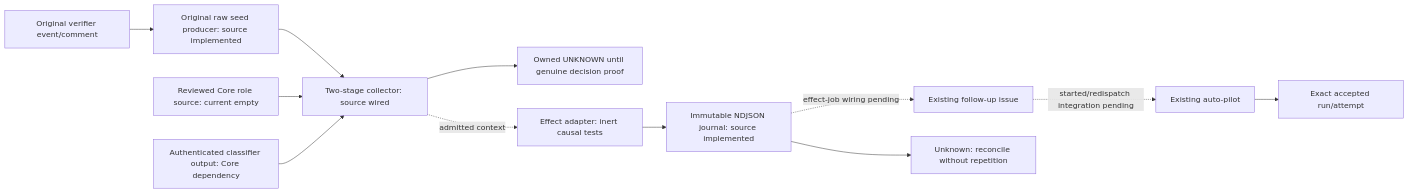
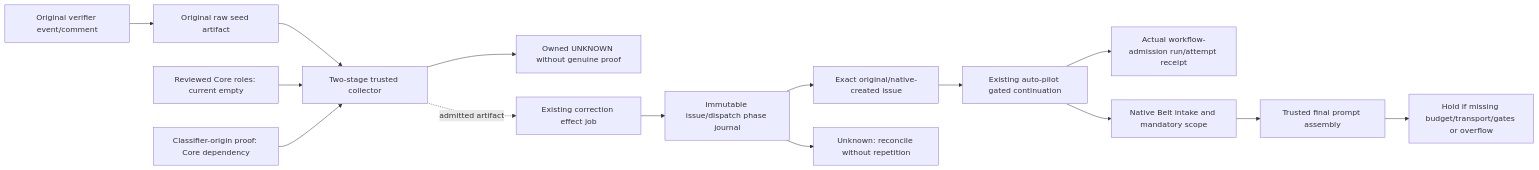
The diagram in docs/ops/VERIFIER_CORRECTION_INTERFACE.md (stranske/Workflows), drawn with Mermaid before and after one commit. The commit also changed other lines of this file and 33 other files, not shown here.

Commit message:
Wire scoped correction effects and preserve mandatory coding context

````diff
--- a/docs/ops/VERIFIER_CORRECTION_INTERFACE.md
+++ b/docs/ops/VERIFIER_CORRECTION_INTERFACE.md
@@ -186,14 +211,17 @@
 ```mermaid
 flowchart LR
-    V[Original verifier event/comment] --> P[Original raw seed producer: source implemented]
-    P --> C[Two-stage collector: source wired]
-    Q[Reviewed Core role source: current empty] --> C
-    D[Authenticated classifier output: Core dependency] --> C
-    C --> N[Owned UNKNOWN until genuine decision proof]
-    C -. admitted context .-> E[Effect adapter: inert causal tests]
-    E --> L[Immutable NDJSON journal: source implemented]
-    L -. effect-job wiring pending .-> I[Existing follow-up issue]
-    I -. started/redispatch integration pending .-> A[Existing auto-pilot]
-    A --> R[Exact accepted run/attempt]
+    V[Original verifier event/comment] --> P[Original raw seed artifact]
+    P --> C[Two-stage trusted collector]
+    Q[Reviewed Core roles: current empty] --> C
+    D[Classifier-origin proof: Core dependency] --> C
+    C --> N[Owned UNKNOWN without genuine proof]
+    C -. admitted artifact .-> E[Existing correction effect job]
+    E --> L[Immutable issue/dispatch phase journal]
+    L --> I[Exact original/native-created issue]
+    I --> A[Existing auto-pilot gated continuation]
+    A --> R[Actual workflow-admission run/attempt receipt]
+    A --> B[Native Belt intake and mandatory scope]
+    B --> F[Trusted final prompt assembly]
+    F --> H[Hold if missing budget/transport/gates or overflow]
     L --> U[Unknown: reconcile without repetition]
 ```
````
